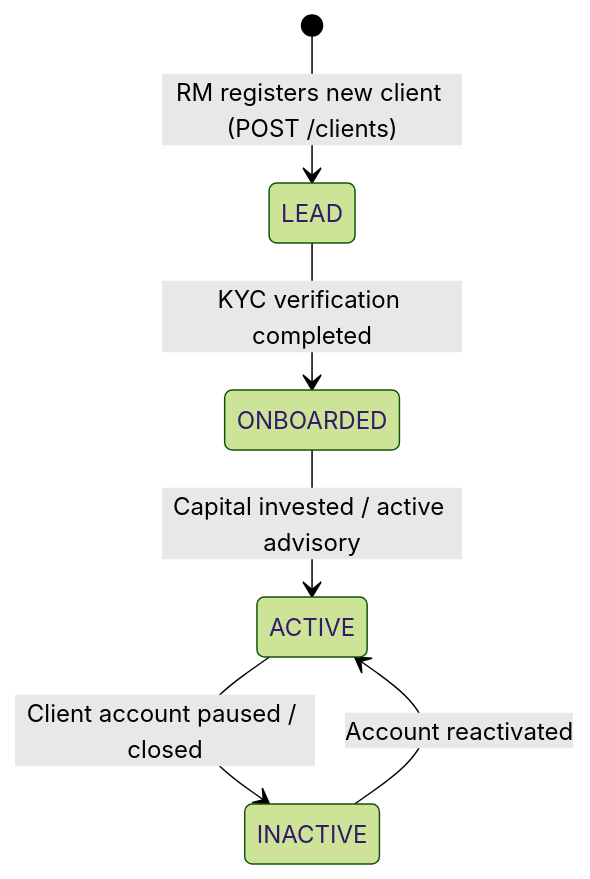
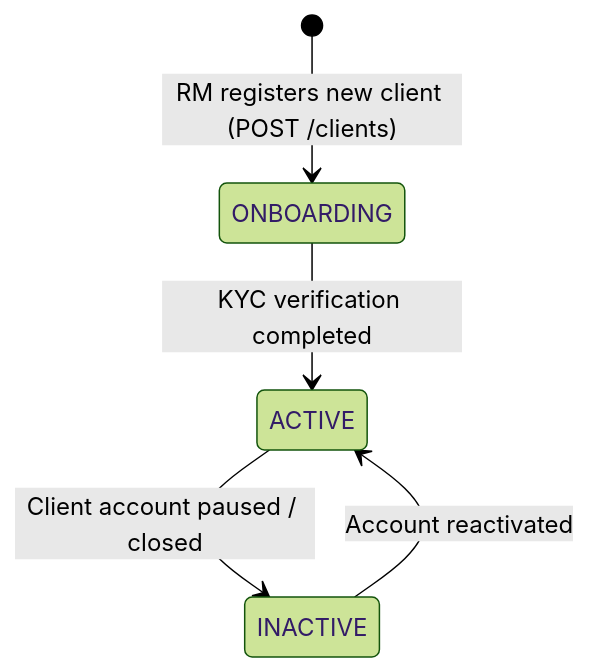
The fourth of 5 diagrams in docs/Java_Draft.md (NatsuDrag9/wealth-tech-crm), drawn with Mermaid (forest theme) before and after one commit. The commit also changed other lines of this file and 3 other files, not shown here.

Commit message:
refactor(customer): streamline client status lifecycle to ONBOARDING, ACTIVE, INACTIVE

````diff
--- a/docs/Java_Draft.md
+++ b/docs/Java_Draft.md
@@ -192,8 +192,7 @@
 ```mermaid
 stateDiagram-v2
-    [*] --> LEAD : RM registers new client (POST /clients)
-    LEAD --> ONBOARDED : KYC verification completed
-    ONBOARDED --> ACTIVE : Capital invested / active advisory
+    [*] --> ONBOARDING : RM registers new client (POST /clients)
+    ONBOARDING --> ACTIVE : KYC verification completed
     ACTIVE --> INACTIVE : Client account paused / closed
     INACTIVE --> ACTIVE : Account reactivated
 ```
````
